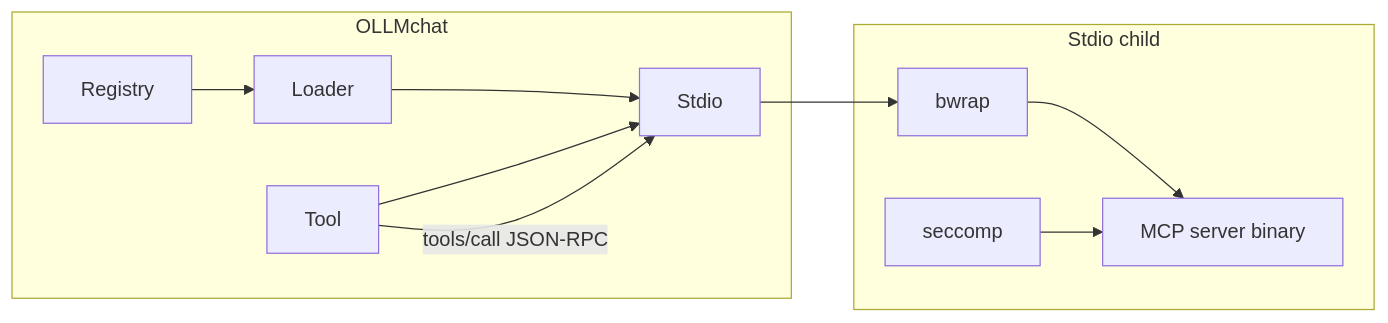
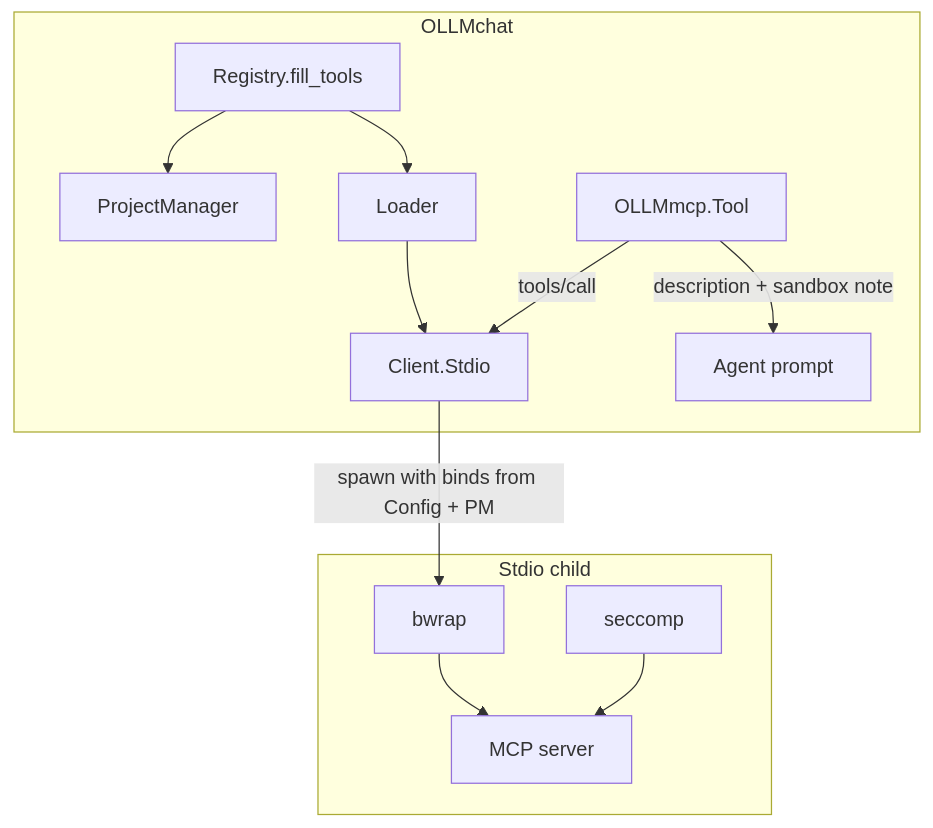
Before and after one commit to roojs/OLLMchat: the diagram in docs/plans/2.11.5-mcp-security-sandbox-and-seccomp.md, drawn with Mermaid. The commit also changed other lines of this file, not shown here.

````diff
--- a/docs/plans/2.11.5-mcp-security-sandbox-and-seccomp.md
+++ b/docs/plans/2.11.5-mcp-security-sandbox-and-seccomp.md
@@ -103,14 +155,19 @@
 ```mermaid
-flowchart LR
+flowchart TB
   subgraph ollmchat [OLLMchat]
-    Registry --> Loader
-    Loader --> Stdio
-    Tool --> Stdio
+    PM[ProjectManager]
+    Reg[Registry.fill_tools]
+    Load[Loader]
+    T[OLLMmcp.Tool]
+    Reg --> PM
+    Reg --> Load
+    Load --> Stdio[Client.Stdio]
+    T -->|tools/call| Stdio
+    T -->|description + sandbox note| Agent[Agent prompt]
   end
   subgraph sandbox [Stdio child]
-    bwrap --> MCP_Server[MCP server binary]
-    seccomp --> MCP_Server
+    bwrap --> MCP[MCP server]
+    seccomp --> MCP
   end
-  Stdio --> bwrap
-  Tool -->|tools/call JSON-RPC| Stdio
+  Stdio -->|spawn with binds from Config + PM| bwrap
 ```
````
